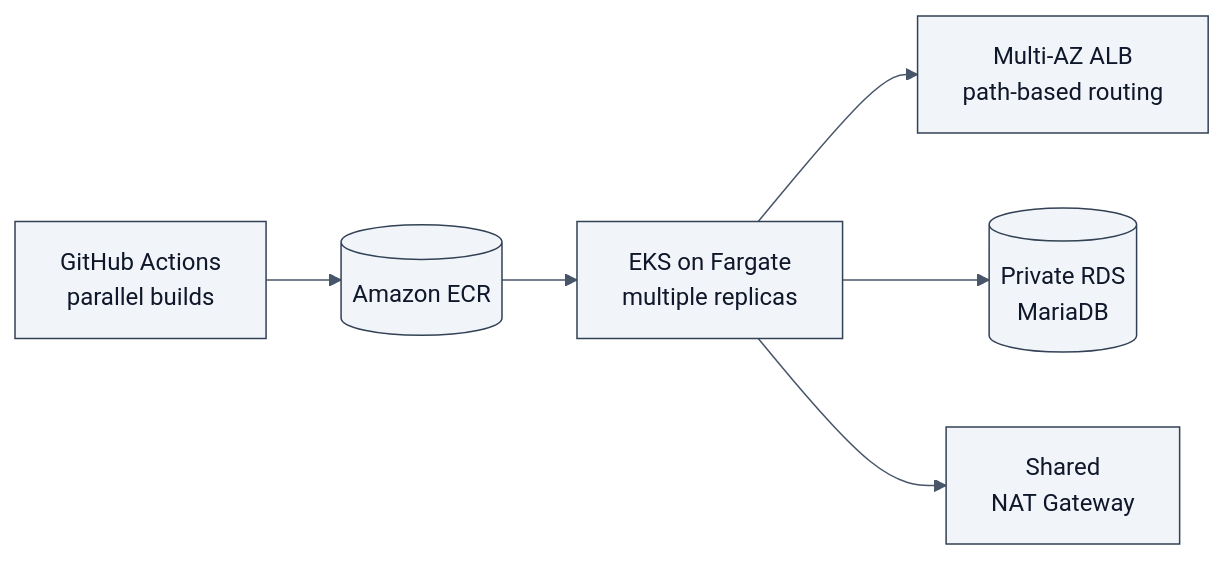
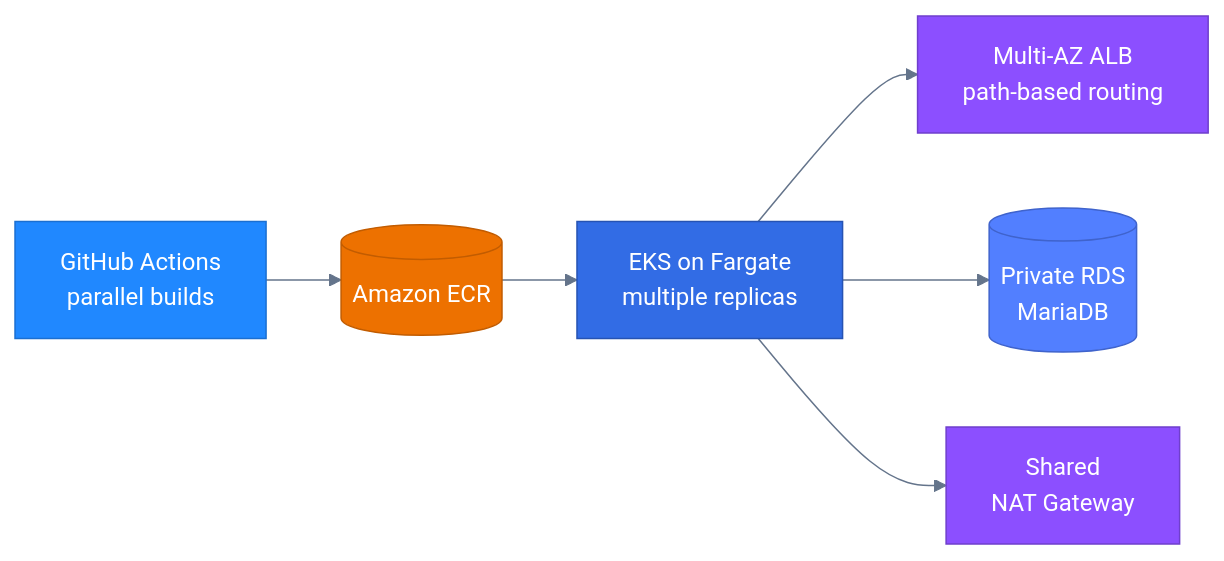
The second of 7 diagrams in README.md (Rohit-1920/Rohit-1920), drawn with Mermaid before and after one commit. The commit also changed other lines of this file, not shown here.

````diff
--- a/README.md
+++ b/README.md
@@ -189,7 +212,18 @@
 ```mermaid
-%%{init: {'theme':'base','themeVariables':{'fontFamily':'Inter, ui-sans-serif, system-ui, sans-serif','primaryColor':'#F1F5F9','primaryBorderColor':'#334155','primaryTextColor':'#0F172A','lineColor':'#475569'}}}%%
+%%{init: {'theme':'base','themeVariables':{'fontFamily':'Inter, ui-sans-serif, system-ui, sans-serif','lineColor':'#64748B','primaryTextColor':'#0F172A'}}}%%
 flowchart LR
   GA["GitHub Actions<br/>parallel builds"] --> ECR[("Amazon ECR")] --> EKS["EKS on Fargate<br/>multiple replicas"] --> ALB["Multi-AZ ALB<br/>path-based routing"]
   EKS --> RDS[("Private RDS<br/>MariaDB")]
   EKS --> NAT["Shared<br/>NAT Gateway"]
+
+  classDef ci fill:#2088FF,stroke:#1B6FD1,color:#FFFFFF
+  classDef aws fill:#ED7100,stroke:#C25C00,color:#FFFFFF
+  classDef net fill:#8C4FFF,stroke:#6F3FCC,color:#FFFFFF
+  classDef db fill:#527FFF,stroke:#3F63CC,color:#FFFFFF
+  classDef k8s fill:#326CE5,stroke:#2653B3,color:#FFFFFF
+  class GA ci
+  class ECR aws
+  class ALB,NAT net
+  class RDS db
+  class EKS k8s
 ```
````
